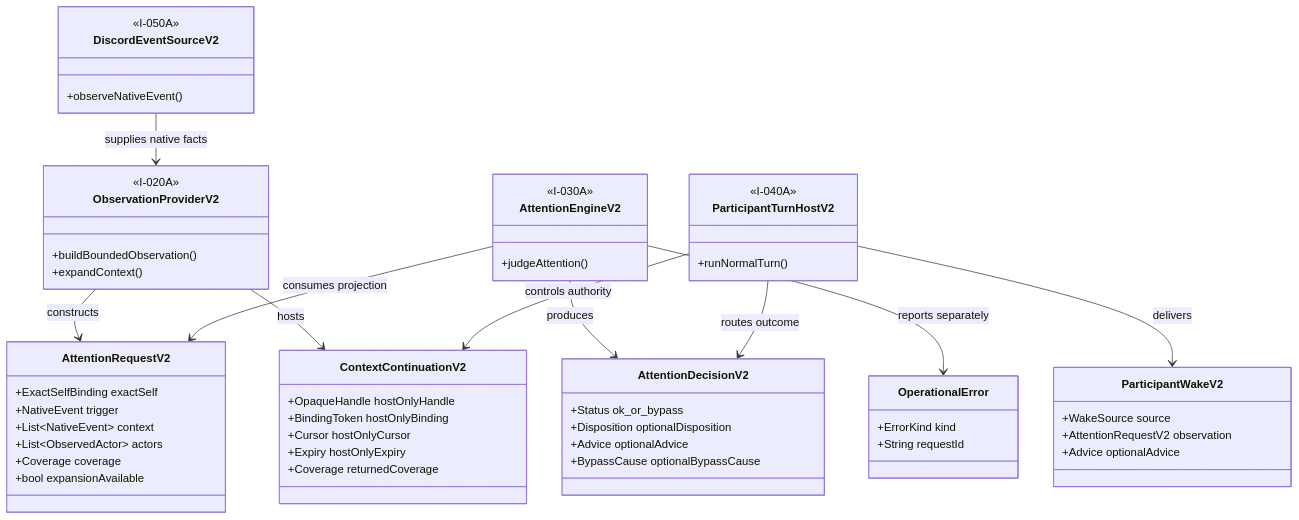
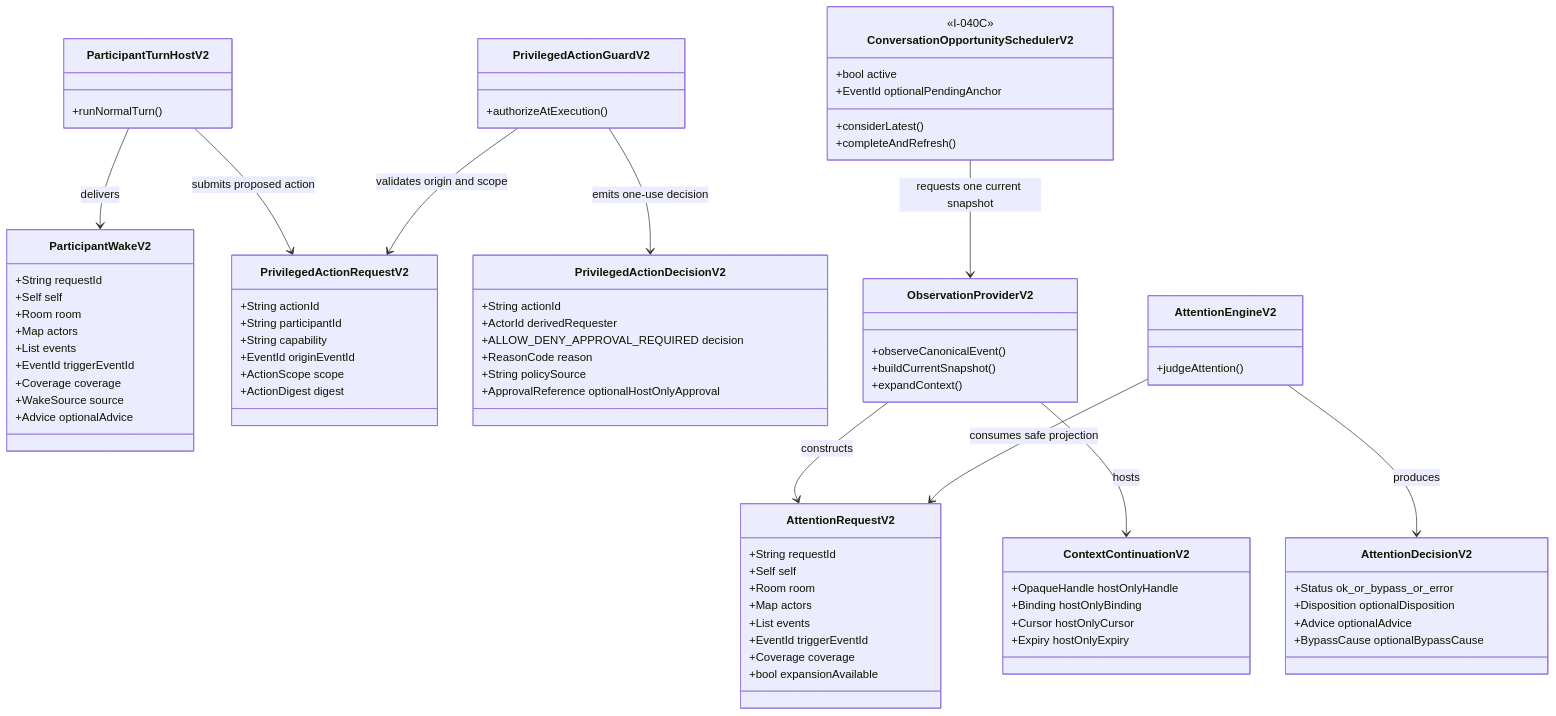
Before and after one commit to mentatzoe/nunchi: the fifth of 8 diagrams in docs/architecture/v2-selected-design.md, drawn with Mermaid. The commit also changed other lines of this file and 3 other files, not shown here.

````diff
--- a/docs/architecture/v2-selected-design.md
+++ b/docs/architecture/v2-selected-design.md
@@ -101,66 +176,83 @@
 classDiagram
     direction TB
     class AttentionRequestV2 {
-        +ExactSelfBinding exactSelf
-        +NativeEvent trigger
-        +List~NativeEvent~ context
-        +List~ObservedActor~ actors
+        +String requestId
+        +Self self
+        +Room room
+        +Map actors
+        +List events
+        +EventId triggerEventId
         +Coverage coverage
         +bool expansionAvailable
     }
-
     class AttentionDecisionV2 {
-        +Status ok_or_bypass
+        +Status ok_or_bypass_or_error
         +Disposition optionalDisposition
         +Advice optionalAdvice
         +BypassCause optionalBypassCause
     }
-
-    class OperationalError {
-        +ErrorKind kind
+    class ParticipantWakeV2 {
         +String requestId
-    }
-
-    class ParticipantWakeV2 {
+        +Self self
+        +Room room
+        +Map actors
+        +List events
+        +EventId triggerEventId
+        +Coverage coverage
         +WakeSource source
-        +AttentionRequestV2 observation
         +Advice optionalAdvice
     }
-
     class ContextContinuationV2 {
         +OpaqueHandle hostOnlyHandle
-        +BindingToken hostOnlyBinding
+        +Binding hostOnlyBinding
         +Cursor hostOnlyCursor
         +Expiry hostOnlyExpiry
-        +Coverage returnedCoverage
     }
-
-    class DiscordEventSourceV2 {
-        <<I-050A>>
-        +observeNativeEvent()
+    class ConversationOpportunitySchedulerV2 {
+        <<I-040C>>
+        +bool active
+        +EventId optionalPendingAnchor
+        +considerLatest()
+        +completeAndRefresh()
+    }
+    class PrivilegedActionRequestV2 {
+        +String actionId
+        +String participantId
+        +String capability
+        +EventId originEventId
+        +ActionScope scope
+        +ActionDigest digest
+    }
+    class PrivilegedActionDecisionV2 {
+        +String actionId
+        +ActorId derivedRequester
+        +ALLOW_DENY_APPROVAL_REQUIRED decision
+        +ReasonCode reason
+        +String policySource
+        +ApprovalReference optionalHostOnlyApproval
     }
     class ObservationProviderV2 {
-        <<I-020A>>
-        +buildBoundedObservation()
+        +observeCanonicalEvent()
+        +buildCurrentSnapshot()
         +expandContext()
     }
     class AttentionEngineV2 {
-        <<I-030A>>
         +judgeAttention()
     }
     class ParticipantTurnHostV2 {
-        <<I-040A>>
         +runNormalTurn()
     }
+    class PrivilegedActionGuardV2 {
+        +authorizeAtExecution()
+    }
 
-    DiscordEventSourceV2 --> ObservationProviderV2 : supplies native facts
     ObservationProviderV2 --> AttentionRequestV2 : constructs
     ObservationProviderV2 --> ContextContinuationV2 : hosts
-    AttentionEngineV2 --> AttentionRequestV2 : consumes projection
+    ConversationOpportunitySchedulerV2 --> ObservationProviderV2 : requests one current snapshot
+    AttentionEngineV2 --> AttentionRequestV2 : consumes safe projection
     AttentionEngineV2 --> AttentionDecisionV2 : produces
-    AttentionEngineV2 --> OperationalError : reports separately
-    ParticipantTurnHostV2 --> AttentionDecisionV2 : routes outcome
     ParticipantTurnHostV2 --> ParticipantWakeV2 : delivers
-    ParticipantTurnHostV2 --> ContextContinuationV2 : controls authority
-
+    ParticipantTurnHostV2 --> PrivilegedActionRequestV2 : submits proposed action
+    PrivilegedActionGuardV2 --> PrivilegedActionRequestV2 : validates origin and scope
+    PrivilegedActionGuardV2 --> PrivilegedActionDecisionV2 : emits one-use decision
 ```
````
